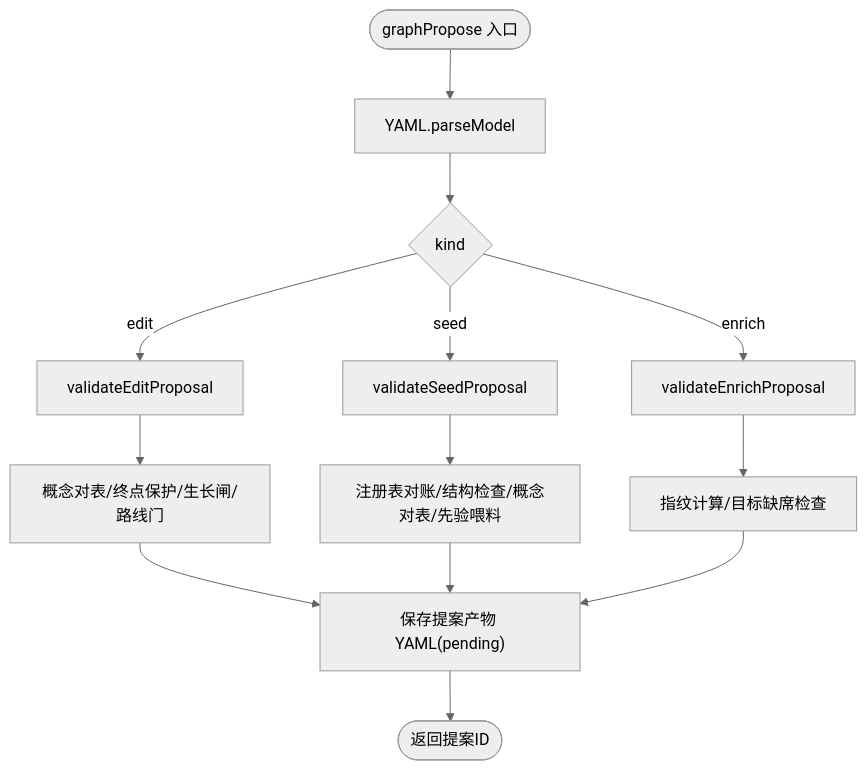
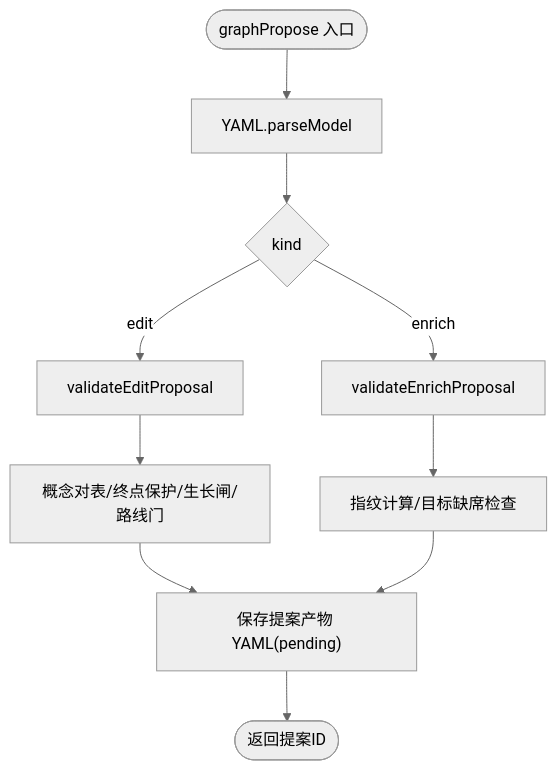
The third of 6 diagrams in .qoder/repowiki/zh/content/引擎核心/子系统架构/图谱子系统/图谱提案管理.md (maozhijie/learnhub-plugin), drawn with Mermaid (neutral theme) before and after one commit. The commit also changed other lines of this file and 43 other files, not shown here.

````diff
--- a/.qoder/repowiki/zh/content/引擎核心/子系统架构/图谱子系统/图谱提案管理.md
+++ b/.qoder/repowiki/zh/content/引擎核心/子系统架构/图谱子系统/图谱提案管理.md
@@ -183,15 +173,12 @@
 ```mermaid
 flowchart TD
 Start(["graphPropose 入口"]) --> Parse["YAML.parseModel"]
 Parse --> Validate{"kind"}
 Validate --> |edit| V1["validateEditProposal"]
-Validate --> |seed| V2["validateSeedProposal"]
-Validate --> |enrich| V3["validateEnrichProposal"]
+Validate --> |enrich| V2["validateEnrichProposal"]
 V1 --> Gates1["概念对表/终点保护/生长闸/路线门"]
-V2 --> Gates2["注册表对账/结构检查/概念对表/先验喂料"]
-V3 --> Gates3["指纹计算/目标缺席检查"]
+V2 --> Gates2["指纹计算/目标缺席检查"]
 Gates1 --> Save["保存提案产物 YAML(pending)"]
 Gates2 --> Save
-Gates3 --> Save
 Save --> End(["返回提案ID"])
 ```
````
